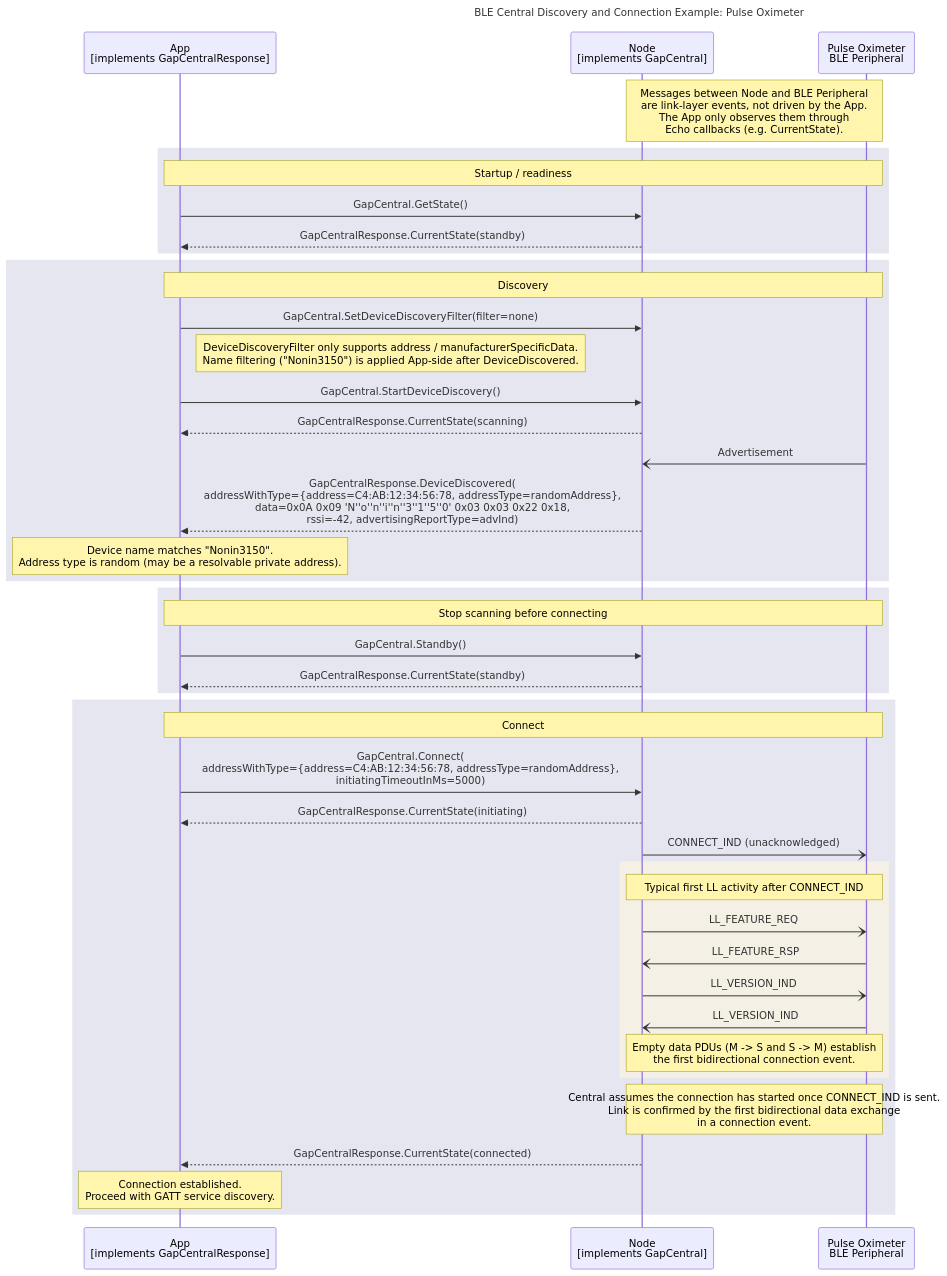
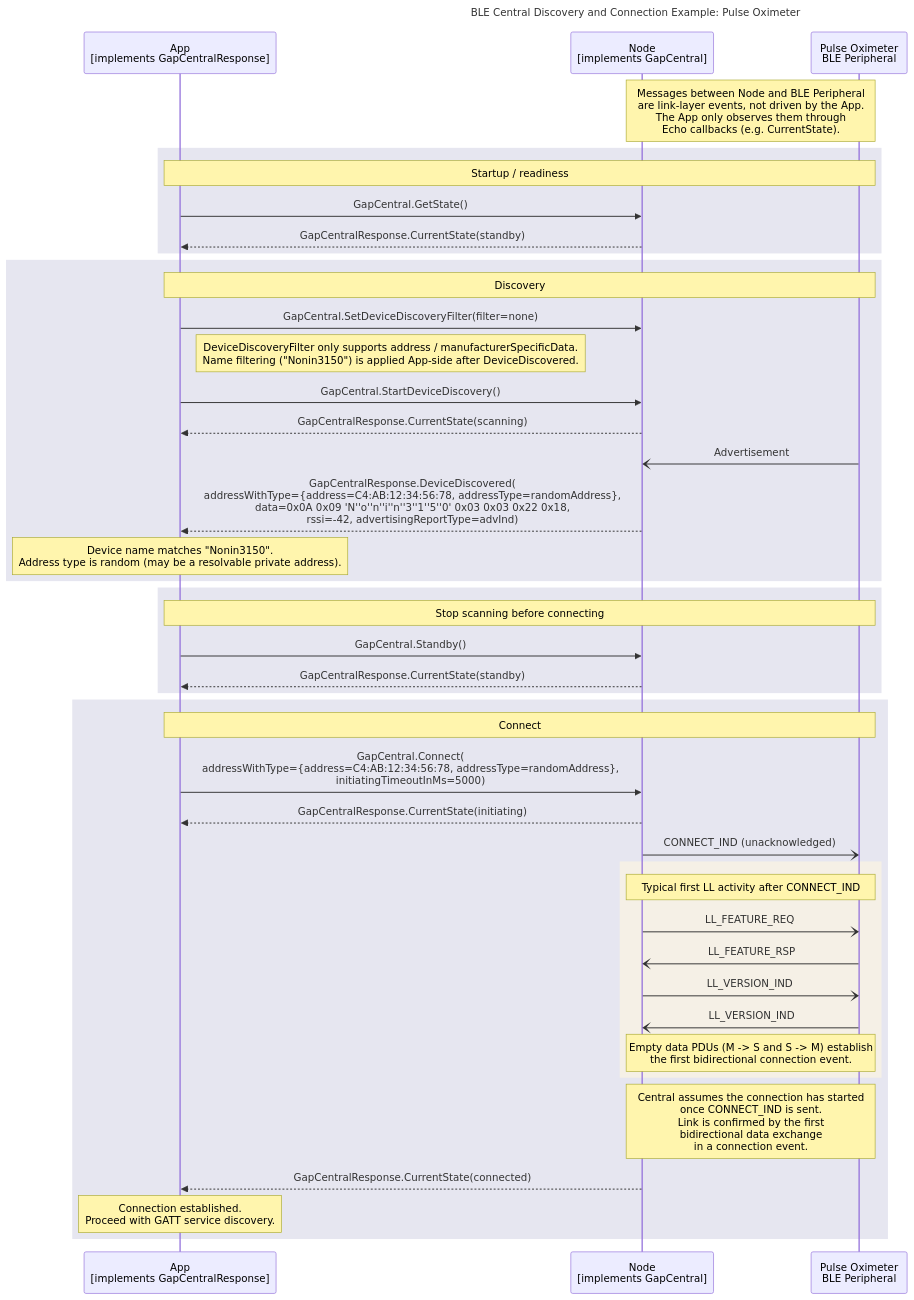
One commit to philips-software/amp-embedded-infra-lib changed the diagram in documents/modules/ROOT/partials/echoservices/gap_central/GapCentral_DiscoveryAndConnection_sequence_example.mmd. Above: the diagram before and after it, drawn with Mermaid. The commit also changed 5 other files, not shown here.

```diff
--- a/documents/modules/ROOT/partials/echoservices/gap_central/GapCentral_DiscoveryAndConnection_sequence_example.mmd
+++ b/documents/modules/ROOT/partials/echoservices/gap_central/GapCentral_DiscoveryAndConnection_sequence_example.mmd
@@ -1,53 +1,53 @@
 sequenceDiagram
     title BLE Central Discovery and Connection Example: Pulse Oximeter
 
     participant App as App<br>[implements GapCentralResponse]
     participant Node as Node<br>[implements GapCentral]
     participant Peripheral as Pulse Oximeter<br>BLE Peripheral
 
     Note over Node, Peripheral: Messages between Node and BLE Peripheral<br>are link-layer events, not driven by the App.<br>The App only observes them through<br>Echo callbacks (e.g. CurrentState).
 
     rect rgb(230, 230, 240)
         note over App, Peripheral: Startup / readiness
         App->>Node: GapCentral.GetState()
         Node-->>App: GapCentralResponse.CurrentState(standby)
     end
 
     rect rgb(230, 230, 240)
         note over App, Peripheral: Discovery
         App->>Node: GapCentral.SetDeviceDiscoveryFilter(filter=none)
         Note right of App: DeviceDiscoveryFilter only supports address / manufacturerSpecificData.<br>Name filtering ("Nonin3150") is applied App-side after DeviceDiscovered.
         App->>Node: GapCentral.StartDeviceDiscovery()
         Node-->>App: GapCentralResponse.CurrentState(scanning)
 
         Peripheral-)Node: Advertisement
         Node-->>App: GapCentralResponse.DeviceDiscovered(<br>addressWithType={address=C4:AB:12:34:56:78, addressType=randomAddress},<br>data=0x0A 0x09 'N''o''n''i''n''3''1''5''0' 0x03 0x03 0x22 0x18,<br>rssi=-42, advertisingReportType=advInd)
 
         note over App: Device name matches "Nonin3150".<br>Address type is random (may be a resolvable private address).
     end
 
     rect rgb(230, 230, 240)
         note over App, Peripheral: Stop scanning before connecting
         App->>Node: GapCentral.Standby()
         Node-->>App: GapCentralResponse.CurrentState(standby)
     end
 
     rect rgb(230, 230, 240)
         note over App, Peripheral: Connect
         App->>Node: GapCentral.Connect(<br>addressWithType={address=C4:AB:12:34:56:78, addressType=randomAddress},<br>initiatingTimeoutInMs=5000)
         Node-->>App: GapCentralResponse.CurrentState(initiating)
 
         Node-)Peripheral: CONNECT_IND (unacknowledged)
         rect rgb(245, 240, 230)
             Note over Node, Peripheral: Typical first LL activity after CONNECT_IND
             Node-)Peripheral: LL_FEATURE_REQ
             Peripheral-)Node: LL_FEATURE_RSP
             Node-)Peripheral: LL_VERSION_IND
             Peripheral-)Node: LL_VERSION_IND
             Note over Node, Peripheral: Empty data PDUs (M -> S and S -> M) establish<br>the first bidirectional connection event.
         end
-        Note over Node, Peripheral: Central assumes the connection has started once CONNECT_IND is sent.<br>Link is confirmed by the first bidirectional data exchange<br>in a connection event.
+        Note over Node, Peripheral: Central assumes the connection has started<br>once CONNECT_IND is sent.<br>Link is confirmed by the first<br>bidirectional data exchange<br>in a connection event.
         Node-->>App: GapCentralResponse.CurrentState(connected)
 
         note over App: Connection established.<br>Proceed with GATT service discovery.
     end
```
